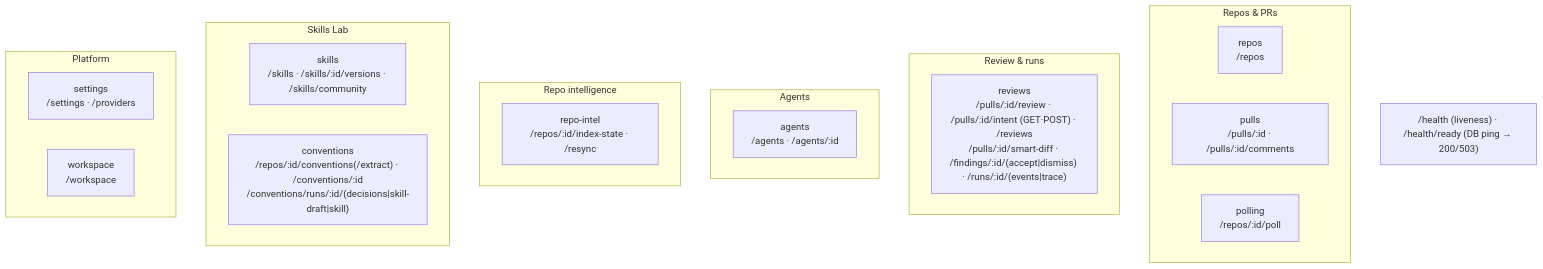
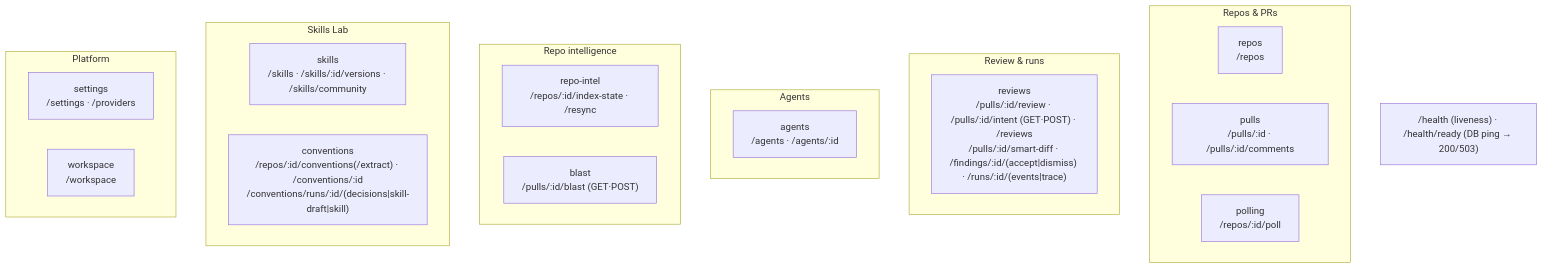
One commit to lv211184pmi/dev-digest changed the second of 2 diagrams in server/README.md. Above: the diagram before and after it, drawn with Mermaid. The commit also changed other lines of this file and 93 other files, not shown here.

````diff
--- a/server/README.md
+++ b/server/README.md
@@ -64,26 +64,27 @@
 ```mermaid
 flowchart TB
   subgraph Repos_PRs["Repos & PRs"]
     repos["repos<br/>/repos"]
     pulls["pulls<br/>/pulls/:id · /pulls/:id/comments"]
     polling["polling<br/>/repos/:id/poll"]
   end
   subgraph Review["Review & runs"]
     reviews["reviews<br/>/pulls/:id/review · /pulls/:id/intent (GET·POST) · /reviews<br/>/pulls/:id/smart-diff · /findings/:id/(accept|dismiss) · /runs/:id/(events|trace)"]
   end
   subgraph Agents["Agents"]
     agents["agents<br/>/agents · /agents/:id"]
   end
   subgraph Intel["Repo intelligence"]
     repoIntel["repo-intel<br/>/repos/:id/index-state · /resync"]
+    blast["blast<br/>/pulls/:id/blast (GET·POST)"]
   end
   subgraph SkillsLab["Skills Lab"]
     skills["skills<br/>/skills · /skills/:id/versions · /skills/community"]
     conventions["conventions<br/>/repos/:id/conventions(/extract) · /conventions/:id<br/>/conventions/runs/:id/(decisions|skill-draft|skill)"]
   end
   subgraph Platform["Platform"]
     settings["settings<br/>/settings · /providers"]
     workspace["workspace<br/>/workspace"]
   end
   HEALTH["/health (liveness) · /health/ready (DB ping → 200/503)"]
 ```
````
